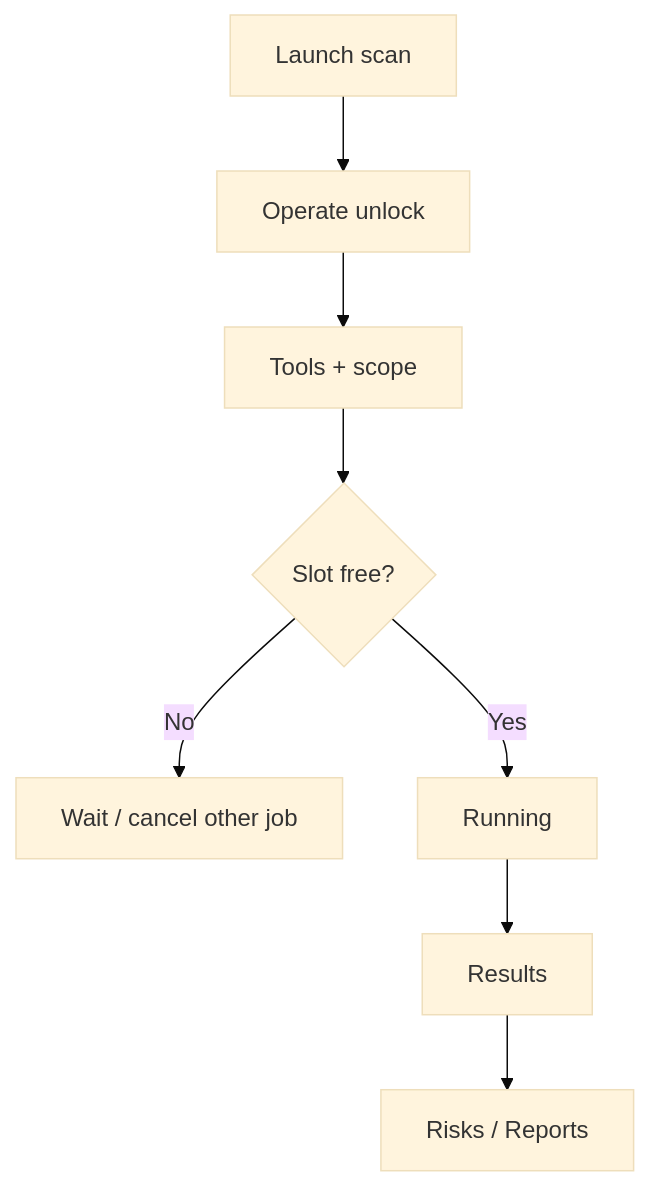
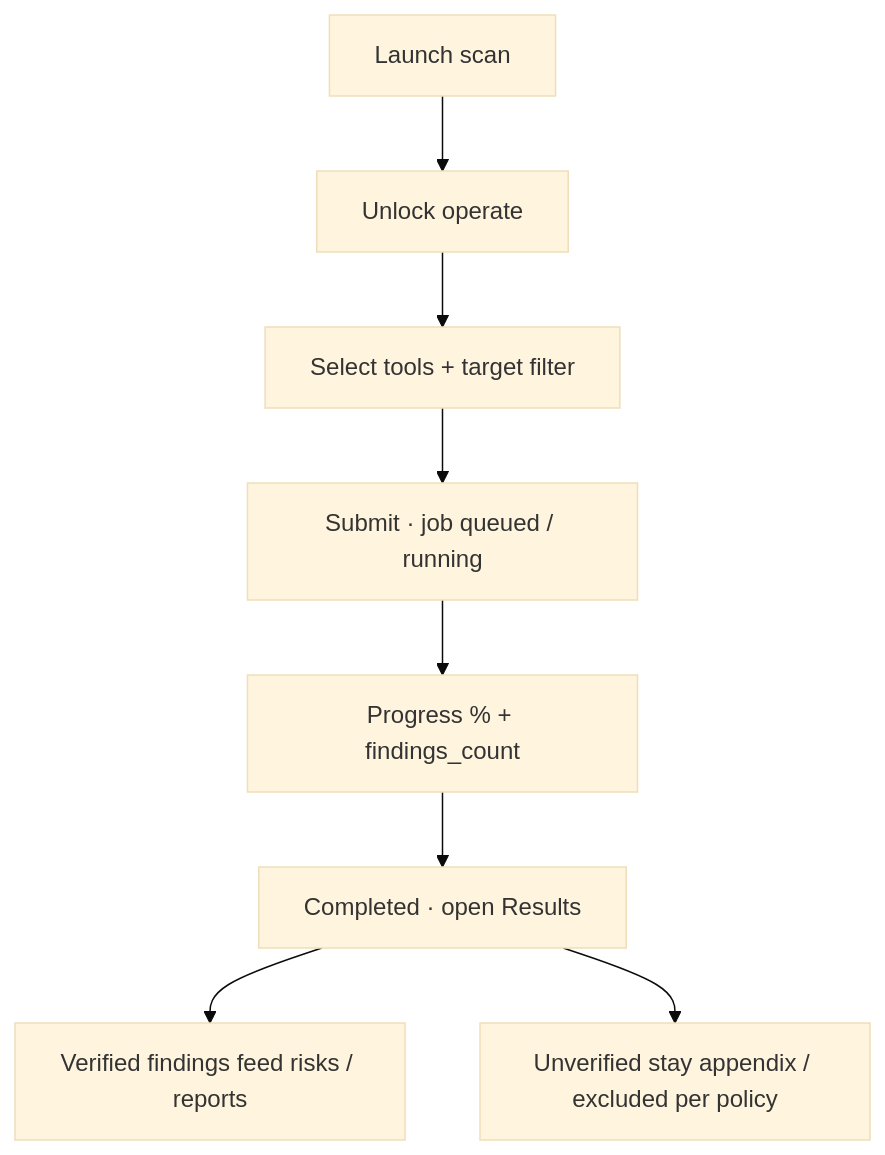
The diagram in docs/how-to/command-centre/05-launch-a-scan.md (Phantom-Fort/Phantix-Frontend), drawn with Mermaid (base theme) before and after one commit. The commit also changed other lines of this file and 44 other files, not shown here.

````diff
--- a/docs/how-to/command-centre/05-launch-a-scan.md
+++ b/docs/how-to/command-centre/05-launch-a-scan.md
@@ -35,10 +12,10 @@
 ```mermaid
 flowchart TD
-  A[Launch scan] --> B[Operate unlock]
-  B --> C[Tools + scope]
-  C --> D{Slot free?}
-  D -->|No| E[Wait / cancel other job]
-  D -->|Yes| F[Running]
-  F --> G[Results]
-  G --> H[Risks / Reports]
+  A[Launch scan] --> B[Unlock operate]
+  B --> C[Select tools + target filter]
+  C --> D[Submit · job queued / running]
+  D --> E[Progress % + findings_count]
+  E --> F[Completed · open Results]
+  F --> G[Verified findings feed risks / reports]
+  F --> H[Unverified stay appendix / excluded per policy]
 ```
````
